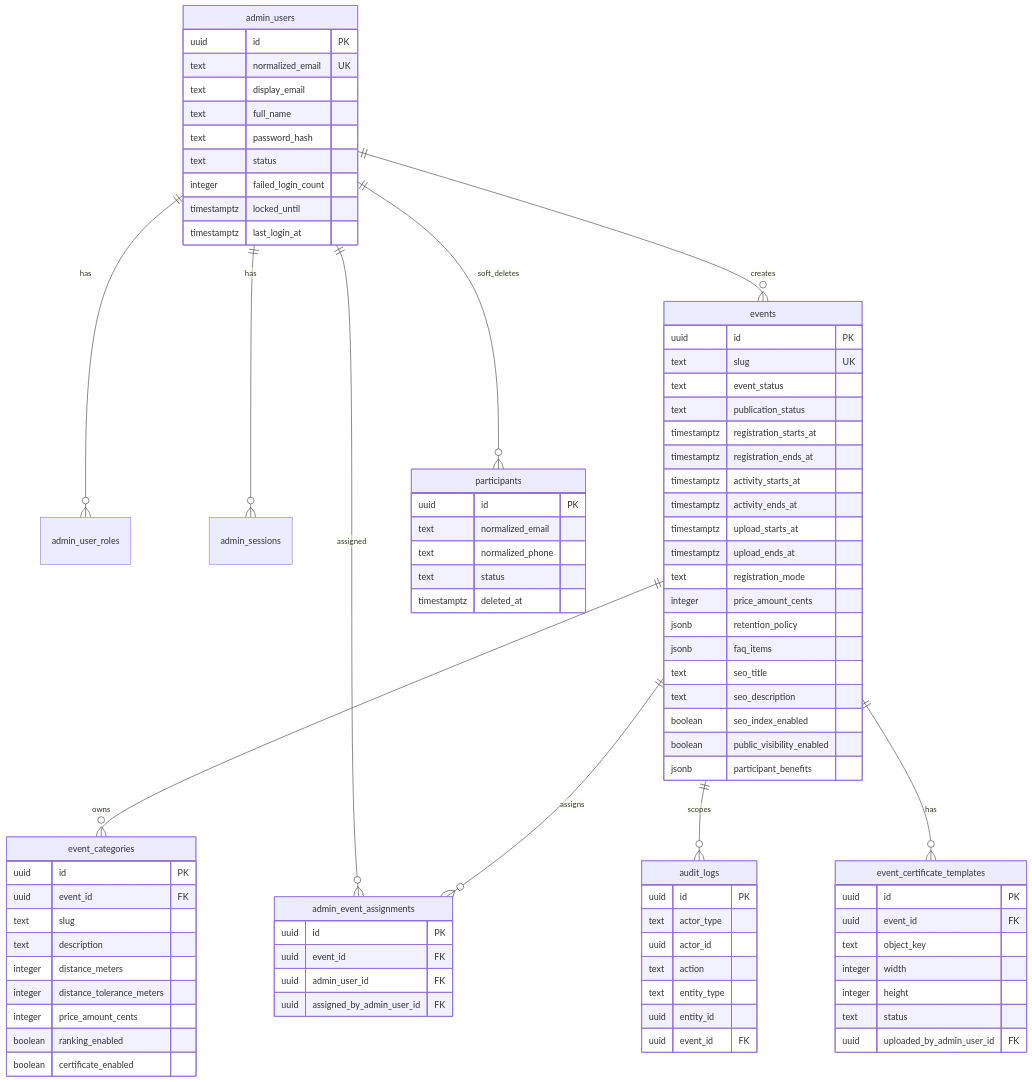
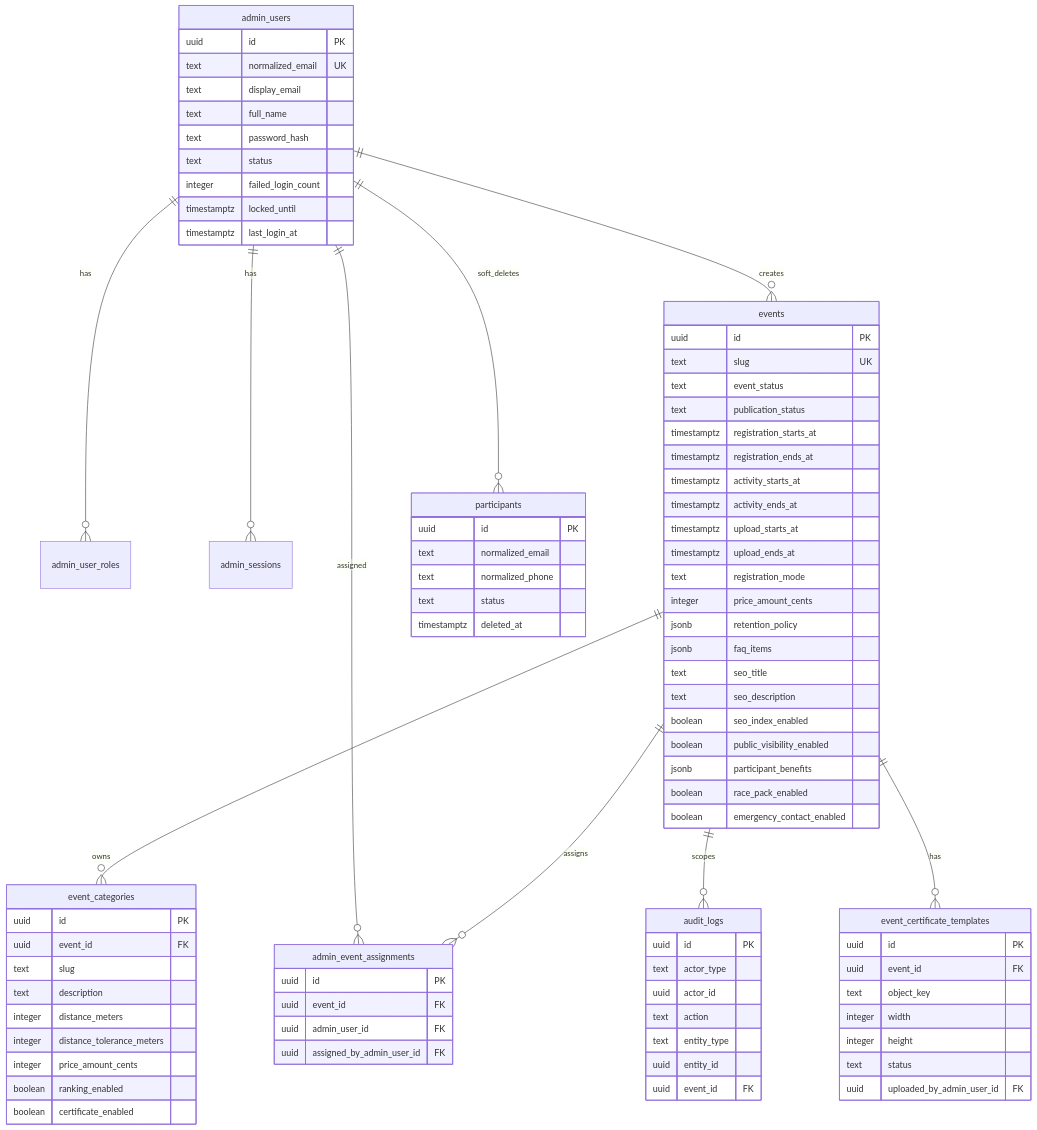
One commit to Ferdiany19/VirtualRun-beard changed the first of 2 diagrams in docs/DATABASE.md. Above: the diagram before and after it, drawn with Mermaid. The commit also changed other lines of this file and 27 other files, not shown here.

```diff
--- a/docs/DATABASE.md
+++ b/docs/DATABASE.md
@@ -80,6 +81,8 @@
     boolean seo_index_enabled
     boolean public_visibility_enabled
     jsonb participant_benefits
+    boolean race_pack_enabled
+    boolean emergency_contact_enabled
   }
 
   event_categories {
```
